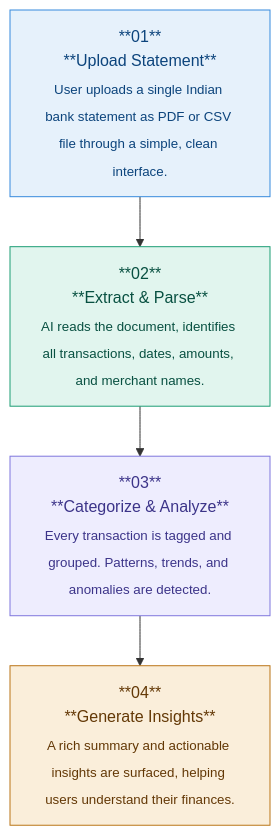
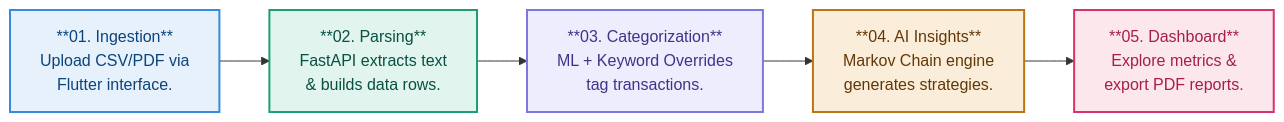
Before and after one commit to bloomrani/CODEFLOW2026-Code_Blooded-Kuber: the diagram in README.md, drawn with Mermaid. The commit also changed other lines of this file, not shown here.

Commit message:
Update workflow diagram in README.md

````diff
--- a/README.md
+++ b/README.md
@@ -39,15 +38,16 @@
 ```mermaid
-flowchart TD
-    A["**01**<br/>**Upload Statement**<br/><sub>User uploads a single Indian bank statement as PDF or CSV file through a simple, clean interface.</sub>"]
-    B["**02**<br/>**Extract & Parse**<br/><sub>AI reads the document, identifies all transactions, dates, amounts, and merchant names.</sub>"]
-    C["**03**<br/>**Categorize & Analyze**<br/><sub>Every transaction is tagged and grouped. Patterns, trends, and anomalies are detected.</sub>"]
-    D["**04**<br/>**Generate Insights**<br/><sub>A rich summary and actionable insights are surfaced, helping users understand their finances.</sub>"]
+flowchart LR
+    A["**01. Ingestion**<br>Upload CSV/PDF via<br>Flutter interface."]
+    B["**02. Parsing**<br>FastAPI extracts text<br>& builds data rows."]
+    C["**03. Categorization**<br>ML + Keyword Overrides<br>tag transactions."]
+    D["**04. AI Insights**<br>Markov Chain engine<br>generates strategies."]
+    E["**05. Dashboard**<br>Explore metrics &<br>export PDF reports."]
 
-    A --> B --> C --> D
+    A --> B --> C --> D --> E
 
-    style A fill:#E6F1FB,stroke:#378ADD,color:#0C447C
-    style B fill:#E1F5EE,stroke:#1D9E75,color:#085041
-    style C fill:#EEEDFE,stroke:#7F77DD,color:#3C3489
-    style D fill:#FAEEDA,stroke:#BA7517,color:#633806
-
+    style A fill:#E6F1FB,stroke:#378ADD,color:#0C447C,stroke-width:2px
+    style B fill:#E1F5EE,stroke:#1D9E75,color:#085041,stroke-width:2px
+    style C fill:#EEEDFE,stroke:#7F77DD,color:#3C3489,stroke-width:2px
+    style D fill:#FAEEDA,stroke:#BA7517,color:#633806,stroke-width:2px
+    style E fill:#FCE8EC,stroke:#D6336C,color:#A61E4D,stroke-width:2px
 ```
````
